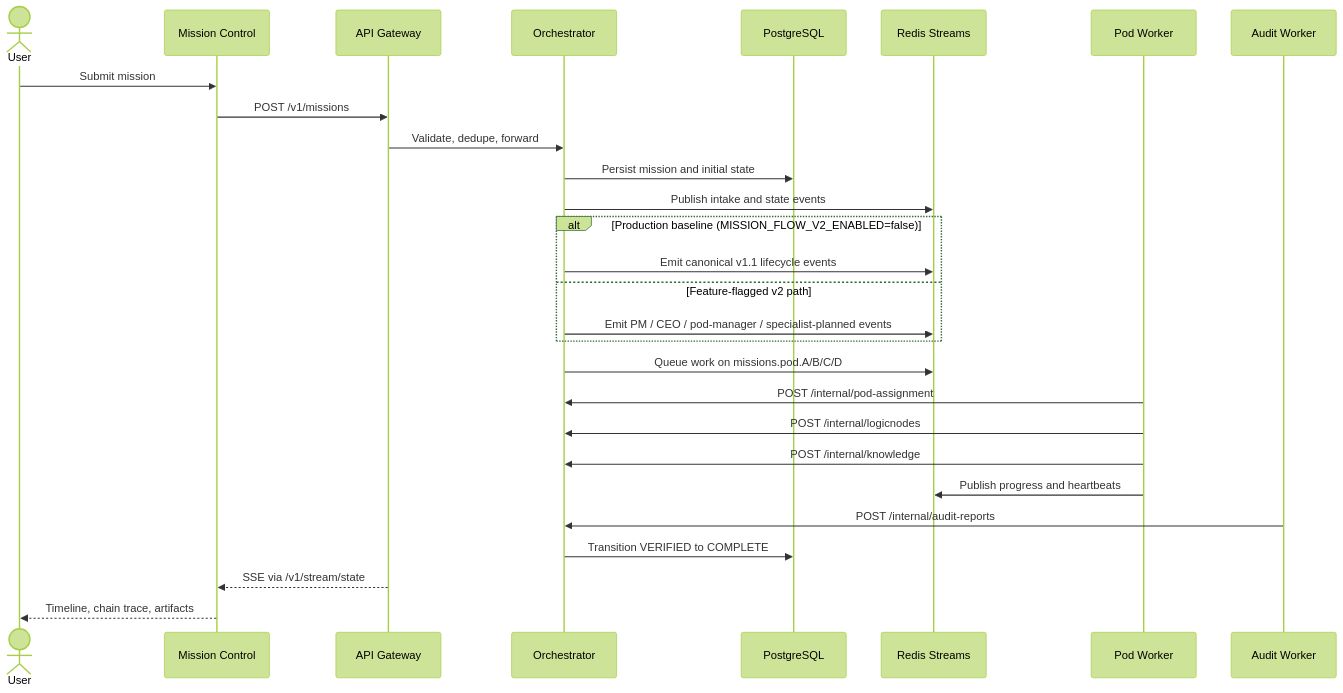
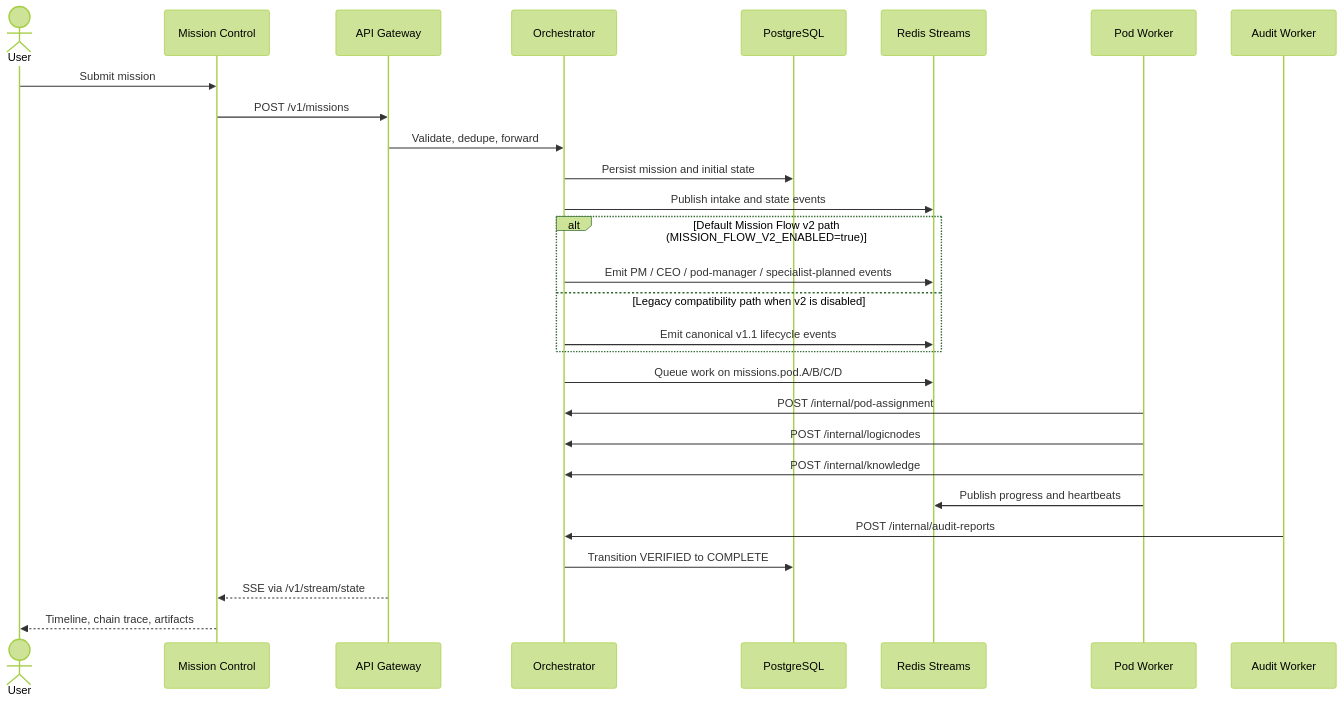
The fourth of 8 diagrams in docs/ARCHITECTURE_DIAGRAMS.md (kherrera6219/theFactory), drawn with Mermaid (forest theme) before and after one commit. The commit also changed other lines of this file and 11 other files, not shown here.

````diff
--- a/docs/ARCHITECTURE_DIAGRAMS.md
+++ b/docs/ARCHITECTURE_DIAGRAMS.md
@@ -182,31 +182,31 @@
 ```mermaid
 sequenceDiagram
     actor User
     participant MC as Mission Control
     participant GW as API Gateway
     participant Orch as Orchestrator
     participant PG as PostgreSQL
     participant Redis as Redis Streams
     participant Pod as Pod Worker
     participant Audit as Audit Worker
 
     User->>MC: Submit mission
     MC->>GW: POST /v1/missions
     GW->>Orch: Validate, dedupe, forward
     Orch->>PG: Persist mission and initial state
     Orch->>Redis: Publish intake and state events
-    alt Production baseline (MISSION_FLOW_V2_ENABLED=false)
+    alt Default Mission Flow v2 path (MISSION_FLOW_V2_ENABLED=true)
+        Orch->>Redis: Emit PM / CEO / pod-manager / specialist-planned events
+    else Legacy compatibility path when v2 is disabled
         Orch->>Redis: Emit canonical v1.1 lifecycle events
-    else Feature-flagged v2 path
-        Orch->>Redis: Emit PM / CEO / pod-manager / specialist-planned events
     end
     Orch->>Redis: Queue work on missions.pod.A/B/C/D
     Pod->>Orch: POST /internal/pod-assignment
     Pod->>Orch: POST /internal/logicnodes
     Pod->>Orch: POST /internal/knowledge
     Pod->>Redis: Publish progress and heartbeats
     Audit->>Orch: POST /internal/audit-reports
     Orch->>PG: Transition VERIFIED to COMPLETE
     GW-->>MC: SSE via /v1/stream/state
     MC-->>User: Timeline, chain trace, artifacts
 ```
````
